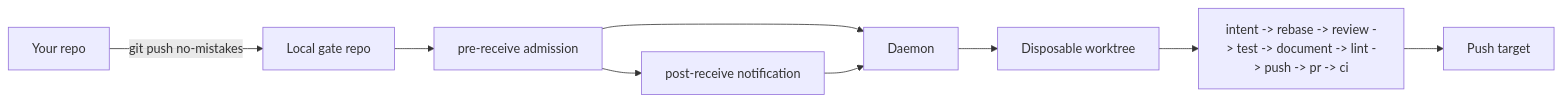
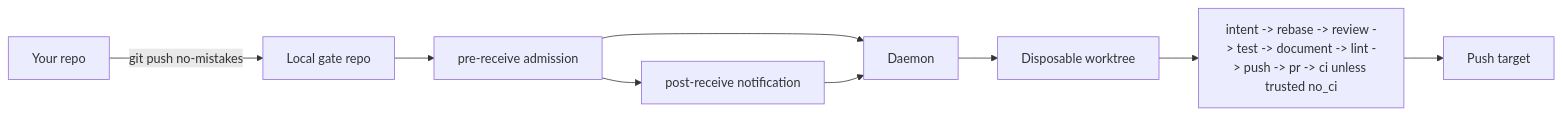
One commit to kunchenguid/no-mistakes changed the diagram in docs/src/content/docs/start-here/introduction.md. Above: the diagram before and after it, drawn with Mermaid. The commit also changed other lines of this file and 5 other files, not shown here.

````diff
--- a/docs/src/content/docs/start-here/introduction.md
+++ b/docs/src/content/docs/start-here/introduction.md
@@ -48,11 +48,11 @@
 ```mermaid
 flowchart LR
   repo["Your repo"] -->|"git push no-mistakes"| gate["Local gate repo"]
   gate --> admission["pre-receive admission"]
   admission --> hook["post-receive notification"]
   admission --> daemon["Daemon"]
   hook --> daemon
   daemon --> worktree["Disposable worktree"]
-  worktree --> pipeline["intent -> rebase -> review -> test -> document -> lint -> push -> pr -> ci"]
+  worktree --> pipeline["intent -> rebase -> review -> test -> document -> lint -> push -> pr -> ci unless trusted no_ci"]
   pipeline --> target["Push target"]
 ```
````
